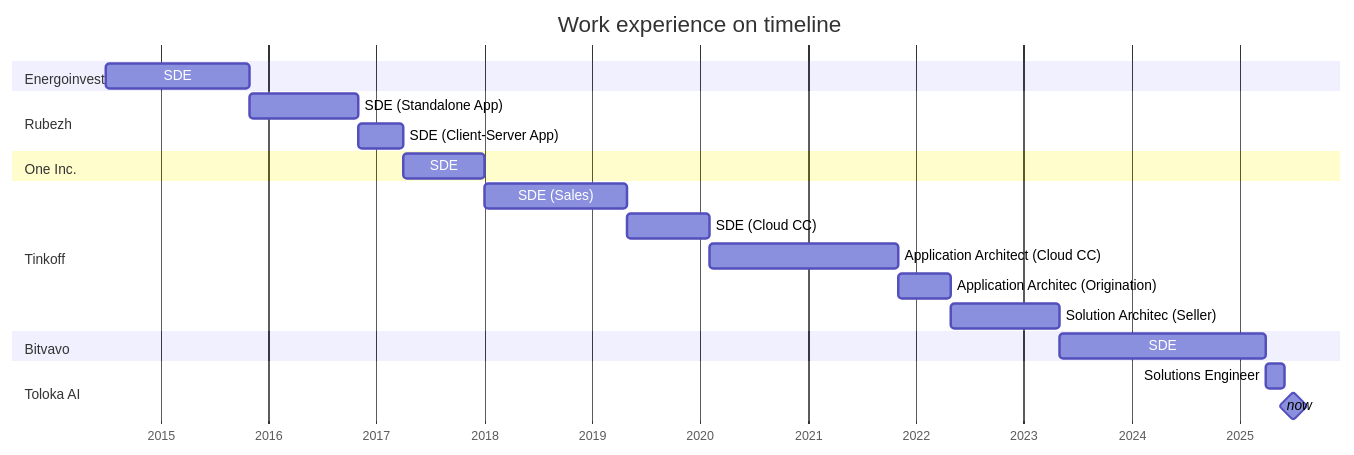
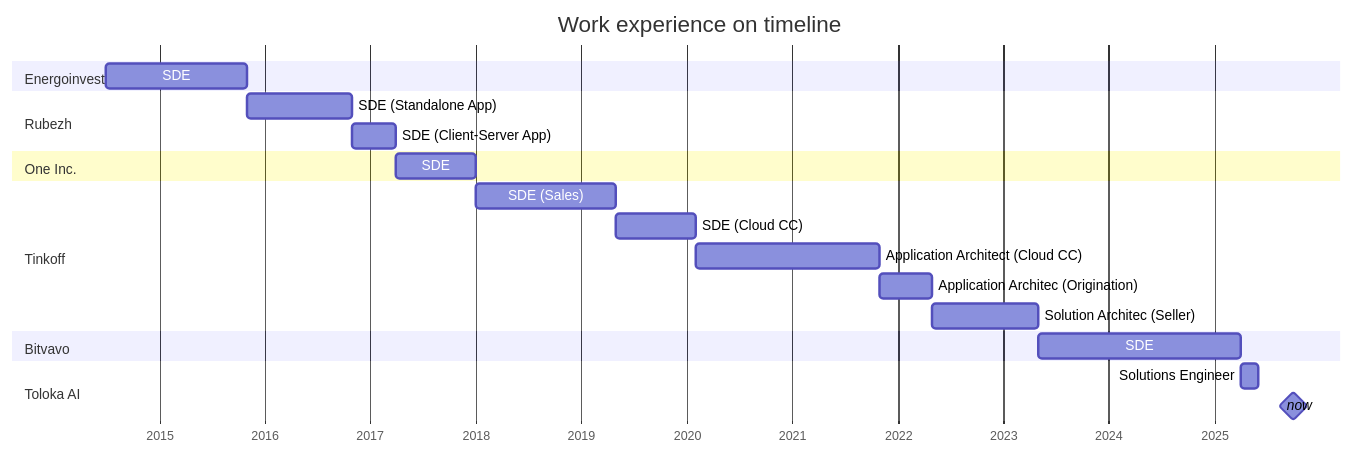
Before and after one commit to vladar107/vladar107: the diagram in cv.md, drawn with Mermaid. The commit also changed other lines of this file, not shown here.

````diff
--- a/cv.md
+++ b/cv.md
@@ -26,31 +26,31 @@
 ```mermaid
 gantt
     title Work experience on timeline
     dateFormat  YYYY-MM
     axisFormat  %Y
     todayMarker stroke-width:5px, opacity:0.75
     
     section Energoinvest
     SDE                                 :sd1, 2014-07, 2015-11
     
     section Rubezh
     SDE (Standalone App)                :sd2, after sd1, 2016-11
     SDE (Client-Server App)             :sd3, after sd2, 2017-04
     
     section One Inc.
     SDE                                 :sd4, after sd3, 2018-01
     
     section Tinkoff
     SDE (Sales)                         :sd5, after sd4, 2019-05
     SDE (Cloud CC)                      :sd6, after sd5, 2020-02
     Application Architect (Cloud CC)    :tl1, after sd6, 2021-11
     Application Architec (Origination)  :tl2, after tl1, 2022-05
     Solution Architec (Seller)          :tl3, after tl2, 2023-05
 
     section Bitvavo
     SDE                                 :sd7, after tl3, 2025-04
 
     section Toloka AI
     Solutions Engineer                  :se1, after sd7, 2025-06
-    now                                 :milestone, 2025-07, 1s
+    now                                 :milestone, 2025-10, 1s
 ```
````
